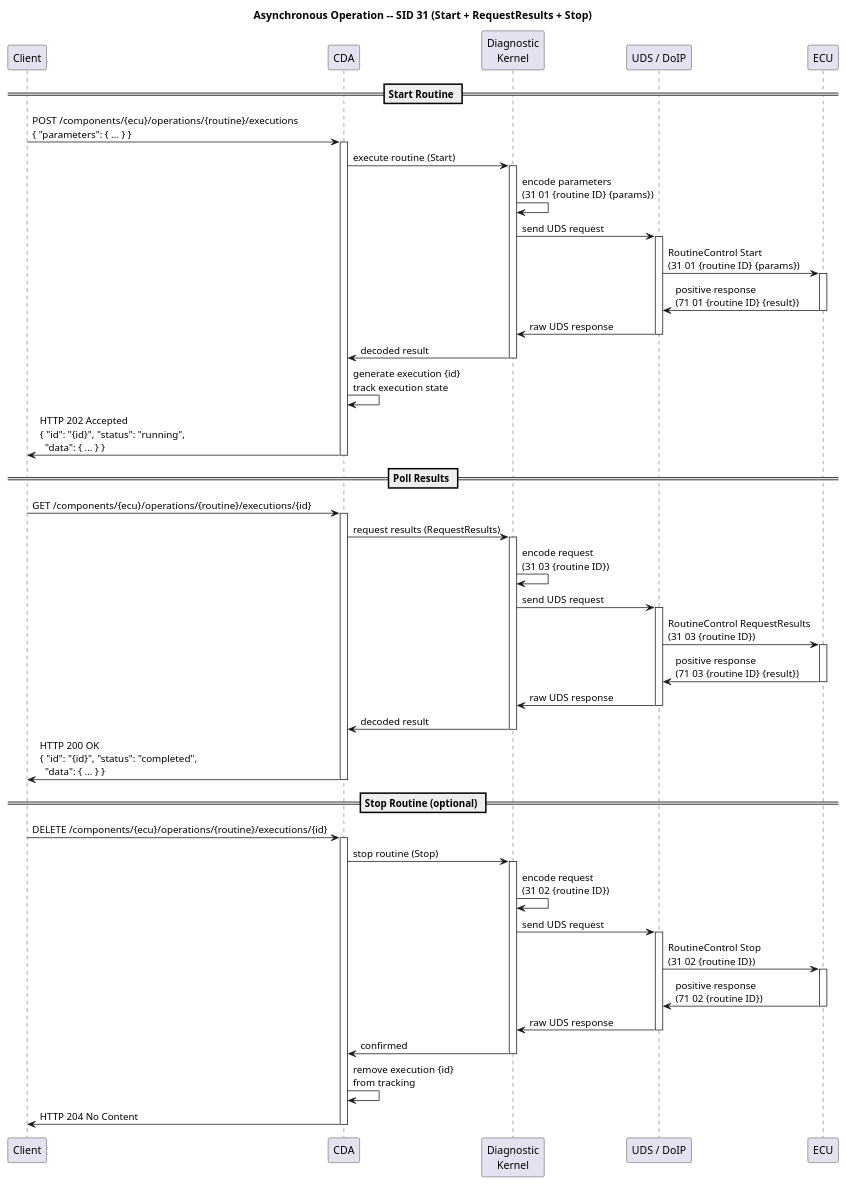
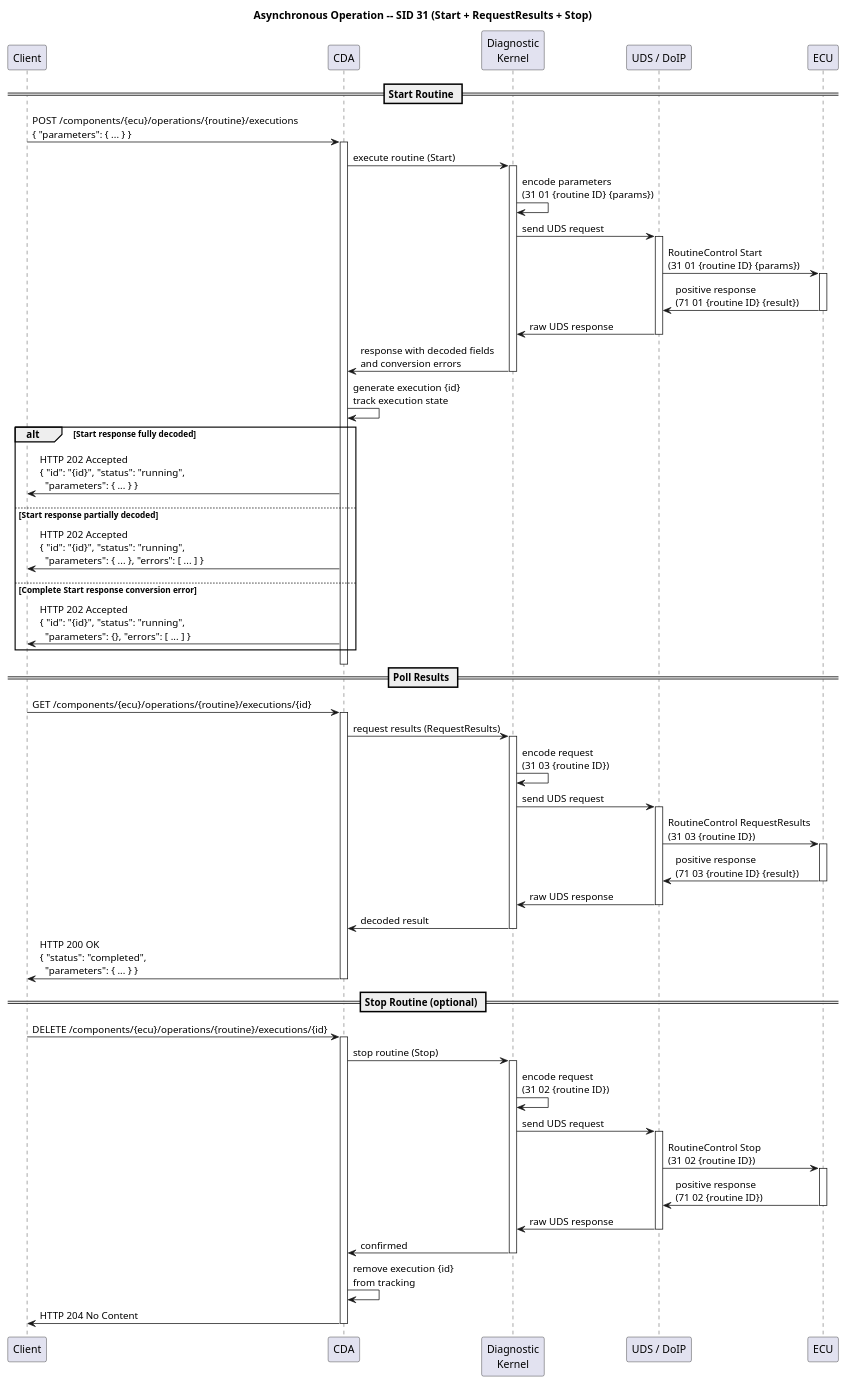
The diagram in docs/03_architecture/02_sovd-api/images/operation_async.puml (eclipse-opensovd/classic-diagnostic-adapter), drawn with PlantUML before and after one commit. The commit also changed 8 other files, not shown here.

Commit message:
fix(sovd): expose async Start decode errors

```diff
--- a/docs/03_architecture/02_sovd-api/images/operation_async.puml
+++ b/docs/03_architecture/02_sovd-api/images/operation_async.puml
@@ -12,80 +12,86 @@
 @startuml
 title Asynchronous Operation -- SID 31 (Start + RequestResults + Stop)
 
 participant Client
 participant CDA
 participant "Diagnostic\nKernel" as DIAG
 participant "UDS / DoIP" as COMM
 participant ECU
 
 !pragma teoz true
 
 == Start Routine ==
 
 Client -> CDA : POST /components/{ecu}/operations/{routine}/executions\n{ "parameters": { ... } }
 activate CDA
 
 CDA -> DIAG : execute routine (Start)
 activate DIAG
 DIAG -> DIAG : encode parameters\n(31 01 {routine ID} {params})
 DIAG -> COMM : send UDS request
 activate COMM
 COMM -> ECU : RoutineControl Start\n(31 01 {routine ID} {params})
 activate ECU
 ECU -> COMM : positive response\n(71 01 {routine ID} {result})
 deactivate ECU
 COMM -> DIAG : raw UDS response
 deactivate COMM
-DIAG -> CDA : decoded result
+DIAG -> CDA : response with decoded fields\nand conversion errors
 deactivate DIAG
 
 CDA -> CDA : generate execution {id}\ntrack execution state
-CDA -> Client : HTTP 202 Accepted\n{ "id": "{id}", "status": "running",\n  "data": { ... } }
+alt Start response fully decoded
+    CDA -> Client : HTTP 202 Accepted\n{ "id": "{id}", "status": "running",\n  "parameters": { ... } }
+else Start response partially decoded
+    CDA -> Client : HTTP 202 Accepted\n{ "id": "{id}", "status": "running",\n  "parameters": { ... }, "errors": [ ... ] }
+else Complete Start response conversion error
+    CDA -> Client : HTTP 202 Accepted\n{ "id": "{id}", "status": "running",\n  "parameters": {}, "errors": [ ... ] }
+end
 deactivate CDA
 
 == Poll Results ==
 
 Client -> CDA : GET /components/{ecu}/operations/{routine}/executions/{id}
 activate CDA
 
 CDA -> DIAG : request results (RequestResults)
 activate DIAG
 DIAG -> DIAG : encode request\n(31 03 {routine ID})
 DIAG -> COMM : send UDS request
 activate COMM
 COMM -> ECU : RoutineControl RequestResults\n(31 03 {routine ID})
 activate ECU
 ECU -> COMM : positive response\n(71 03 {routine ID} {result})
 deactivate ECU
 COMM -> DIAG : raw UDS response
 deactivate COMM
 DIAG -> CDA : decoded result
 deactivate DIAG
 
-CDA -> Client : HTTP 200 OK\n{ "id": "{id}", "status": "completed",\n  "data": { ... } }
+CDA -> Client : HTTP 200 OK\n{ "status": "completed",\n  "parameters": { ... } }
 deactivate CDA
 
 == Stop Routine (optional) ==
 
 Client -> CDA : DELETE /components/{ecu}/operations/{routine}/executions/{id}
 activate CDA
 
 CDA -> DIAG : stop routine (Stop)
 activate DIAG
 DIAG -> DIAG : encode request\n(31 02 {routine ID})
 DIAG -> COMM : send UDS request
 activate COMM
 COMM -> ECU : RoutineControl Stop\n(31 02 {routine ID})
 activate ECU
 ECU -> COMM : positive response\n(71 02 {routine ID})
 deactivate ECU
 COMM -> DIAG : raw UDS response
 deactivate COMM
 DIAG -> CDA : confirmed
 deactivate DIAG
 
 CDA -> CDA : remove execution {id}\nfrom tracking
 CDA -> Client : HTTP 204 No Content
 deactivate CDA
 
 @enduml
```
